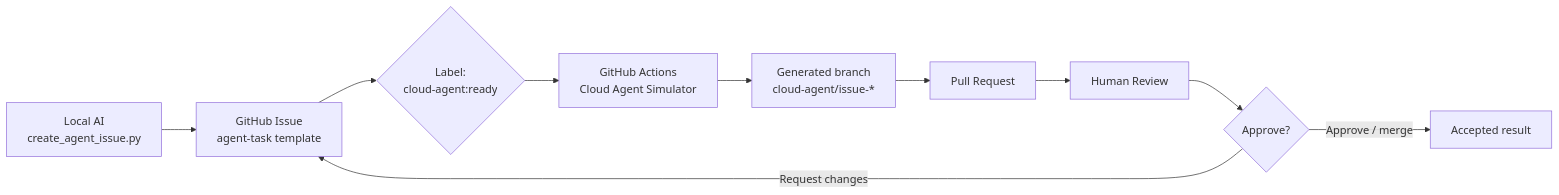
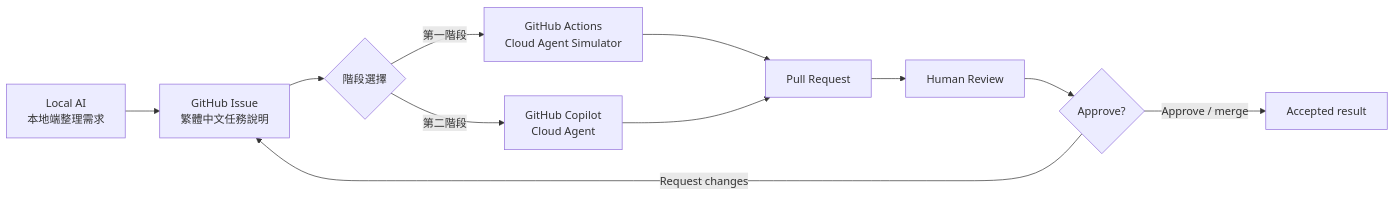
The diagram in README.md (IISI-2112007/ai-coding-solved-demo), drawn with Mermaid before and after one commit. The commit also changed other lines of this file and 14 other files, not shown here.

Commit message:
Add phase 2 Copilot cloud agent handoff

````diff
--- a/README.md
+++ b/README.md
@@ -23,12 +25,13 @@
 ```mermaid
 flowchart LR
-    A["Local AI<br/>create_agent_issue.py"] --> B["GitHub Issue<br/>agent-task template"]
-    B --> C{"Label:<br/>cloud-agent:ready"}
-    C --> D["GitHub Actions<br/>Cloud Agent Simulator"]
-    D --> E["Generated branch<br/>cloud-agent/issue-*"]
-    E --> F["Pull Request"]
+    A["Local AI<br/>本地端整理需求"] --> B["GitHub Issue<br/>繁體中文任務說明"]
+    B --> C{"階段選擇"}
+    C -->|"第一階段"| D["GitHub Actions<br/>Cloud Agent Simulator"]
+    C -->|"第二階段"| E["GitHub Copilot<br/>Cloud Agent"]
+    D --> F["Pull Request"]
+    E --> F
     F --> G["Human Review"]
     G --> H{"Approve?"}
     H -->|"Request changes"| B
     H -->|"Approve / merge"| I["Accepted result"]
 ```
````
